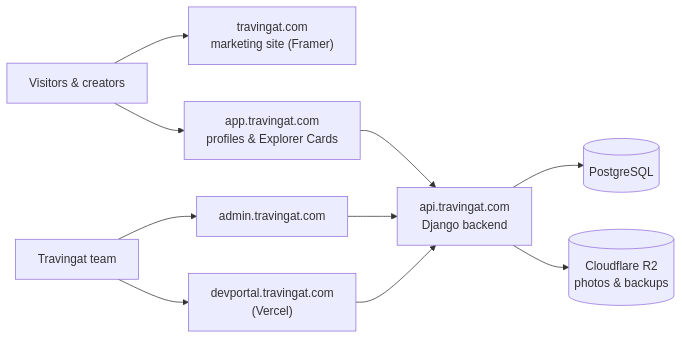
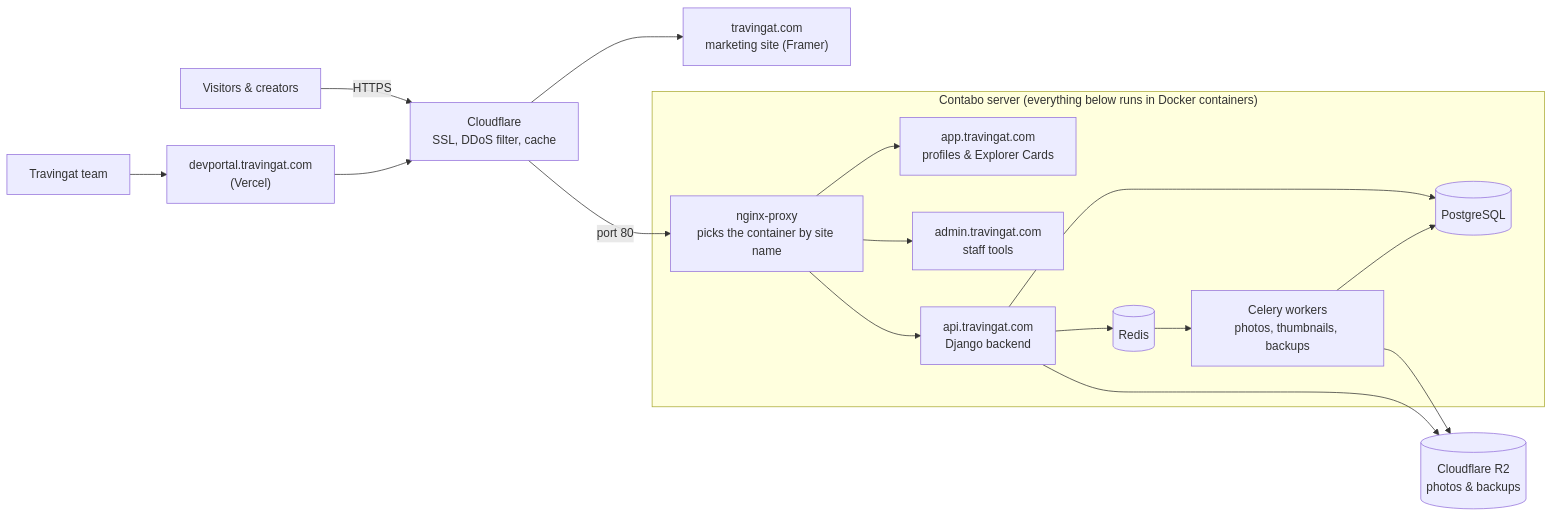
One commit to ss-travingat/devportal changed the diagram in src/docs/0-Tech-Stack-Glance.md. Above: the diagram before and after it, drawn with Mermaid. The commit also changed other lines of this file, not shown here.

````diff
--- a/src/docs/0-Tech-Stack-Glance.md
+++ b/src/docs/0-Tech-Stack-Glance.md
@@ -13,12 +13,22 @@
 ```mermaid
 flowchart LR
-    Visitor["Visitors & creators"] --> Framer["travingat.com\nmarketing site (Framer)"]
-    Visitor --> App["app.travingat.com\nprofiles & Explorer Cards"]
-    Team["Travingat team"] --> Admin["admin.travingat.com"]
-    Team --> Dev["devportal.travingat.com\n(Vercel)"]
-    App --> API["api.travingat.com\nDjango backend"]
-    Admin --> API
-    Dev --> API
-    API --> DB[("PostgreSQL")]
+    Visitor["Visitors & creators"] -->|HTTPS| CF["Cloudflare\nSSL, DDoS filter, cache"]
+    CF --> Framer["travingat.com\nmarketing site (Framer)"]
+    CF -->|"port 80"| N
+
+    subgraph VPS["Contabo server (everything below runs in Docker containers)"]
+        N["nginx-proxy\npicks the container by site name"]
+        N --> App["app.travingat.com\nprofiles & Explorer Cards"]
+        N --> Admin["admin.travingat.com\nstaff tools"]
+        N --> API["api.travingat.com\nDjango backend"]
+        API --> DB[("PostgreSQL")]
+        API --> Redis[("Redis")]
+        Redis --> Celery["Celery workers\nphotos, thumbnails, backups"]
+        Celery --> DB
+    end
+
     API --> R2[("Cloudflare R2\nphotos & backups")]
+    Celery --> R2
+    Team["Travingat team"] --> Dev["devportal.travingat.com\n(Vercel)"]
+    Dev --> CF
 ```
````
